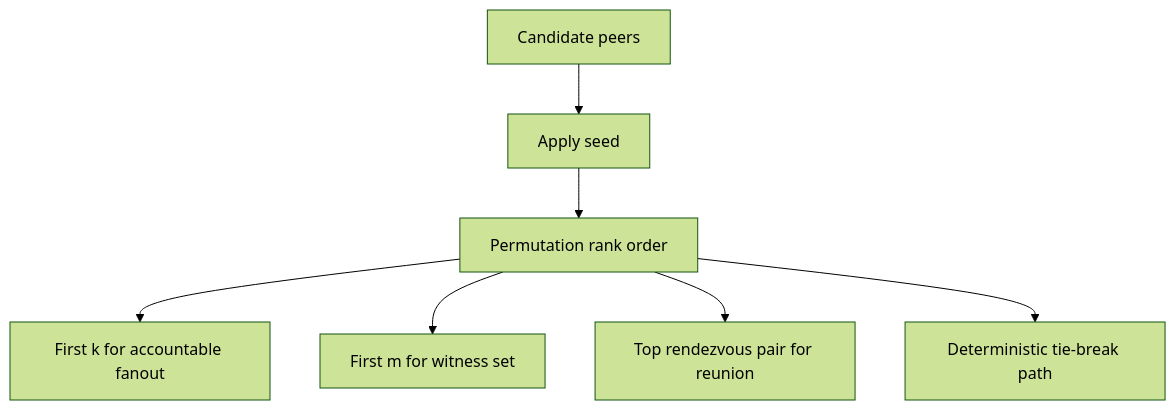
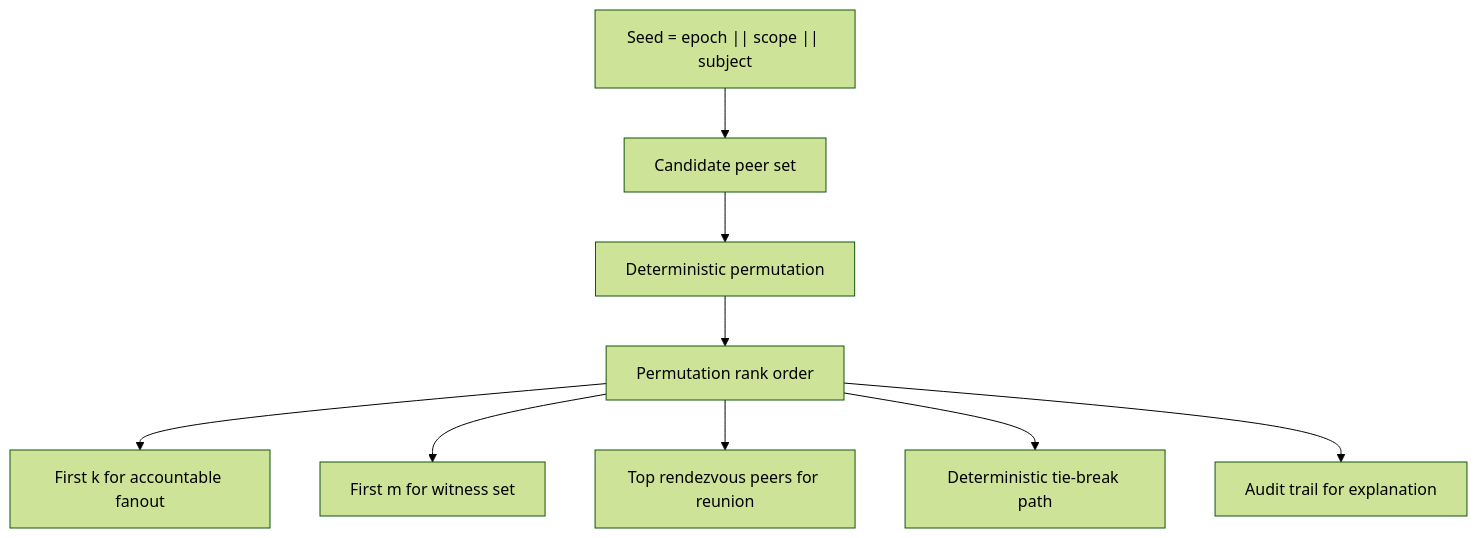
One commit to henry-filgueiras/schedspec changed the fifth of 7 diagrams in docs/DIAGRAMS.md. Above: the diagram before and after it, drawn with Mermaid (forest theme). The commit also changed other lines of this file and 6 other files, not shown here.

````diff
--- a/docs/DIAGRAMS.md
+++ b/docs/DIAGRAMS.md
@@ -125,9 +110,11 @@
 ```mermaid
 flowchart TB
-    A["Candidate peers"] --> B["Apply seed"]
-    B --> C["Permutation rank order"]
-    C --> D1["First k for accountable fanout"]
-    C --> D2["First m for witness set"]
-    C --> D3["Top rendezvous pair for reunion"]
-    C --> D4["Deterministic tie-break path"]
+    A["Seed = epoch || scope || subject"] --> B["Candidate peer set"]
+    B --> C["Deterministic permutation"]
+    C --> D["Permutation rank order"]
+    D --> E1["First k for accountable fanout"]
+    D --> E2["First m for witness set"]
+    D --> E3["Top rendezvous peers for reunion"]
+    D --> E4["Deterministic tie-break path"]
+    D --> E5["Audit trail for explanation"]
 ```
````
